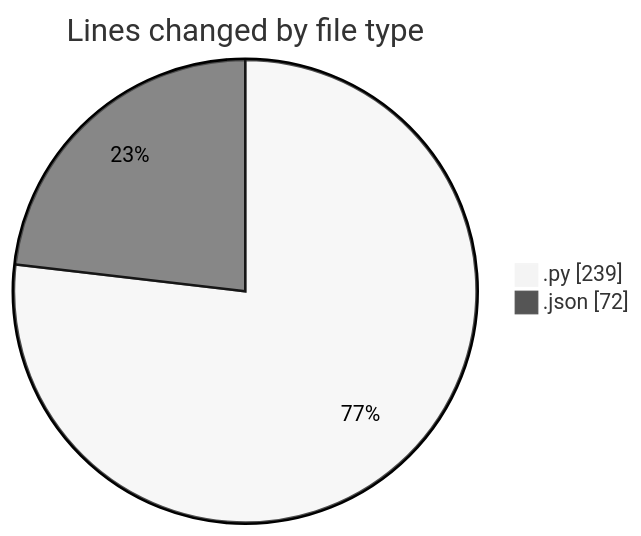
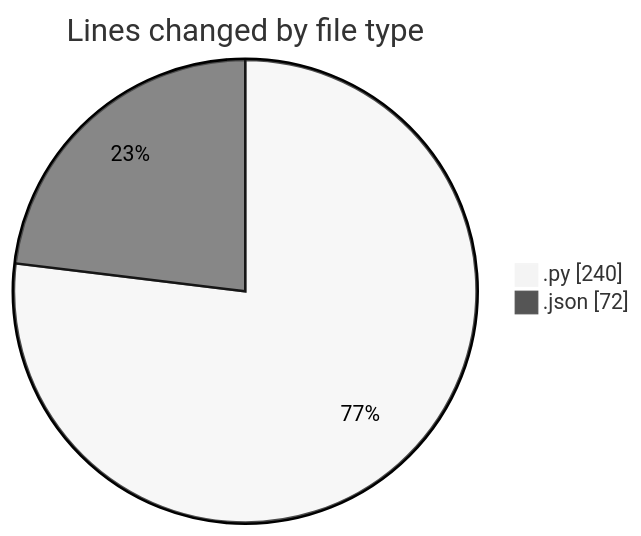
Before and after one commit to momahboobian/code-tracking: the first of 2 diagrams in 2025-02-23/samplepdf/README.md, drawn with Mermaid (neutral theme). The commit also changed other lines of this file and 1 other file, not shown here.

````diff
--- a/2025-02-23/samplepdf/README.md
+++ b/2025-02-23/samplepdf/README.md
@@ -24,6 +24,6 @@
 ```mermaid
 pie showData
 title Lines changed by file type
-".py" : 239
+".py" : 240
 ".json" : 72
 ```
````
